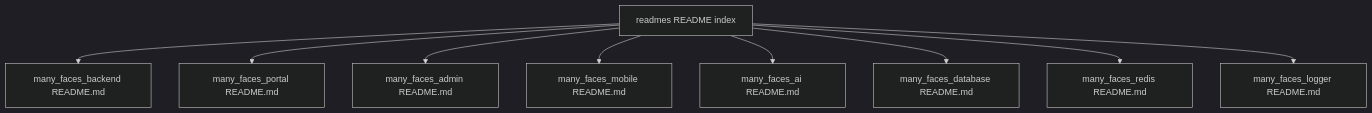
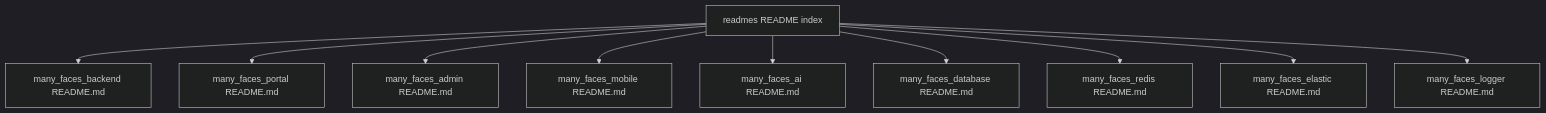
The diagram in docs/readmes/README.md (01laky/mfai_demo), drawn with Mermaid (dark theme) before and after one commit. The commit also changed other lines of this file and 13 other files, not shown here.

````diff
--- a/docs/readmes/README.md
+++ b/docs/readmes/README.md
@@ -20,20 +21,22 @@
 ```mermaid
 flowchart TB
   Idx[readmes README index]
   BE[many_faces_backend README.md]
   FE[many_faces_portal README.md]
   AD[many_faces_admin README.md]
   MB[many_faces_mobile README.md]
   AI[many_faces_ai README.md]
   DB[many_faces_database README.md]
   RD[many_faces_redis README.md]
+  ES[many_faces_elastic README.md]
   LG[many_faces_logger README.md]
   Idx --> BE
   Idx --> FE
   Idx --> AD
   Idx --> MB
   Idx --> AI
   Idx --> DB
   Idx --> RD
+  Idx --> ES
   Idx --> LG
 ```
````
